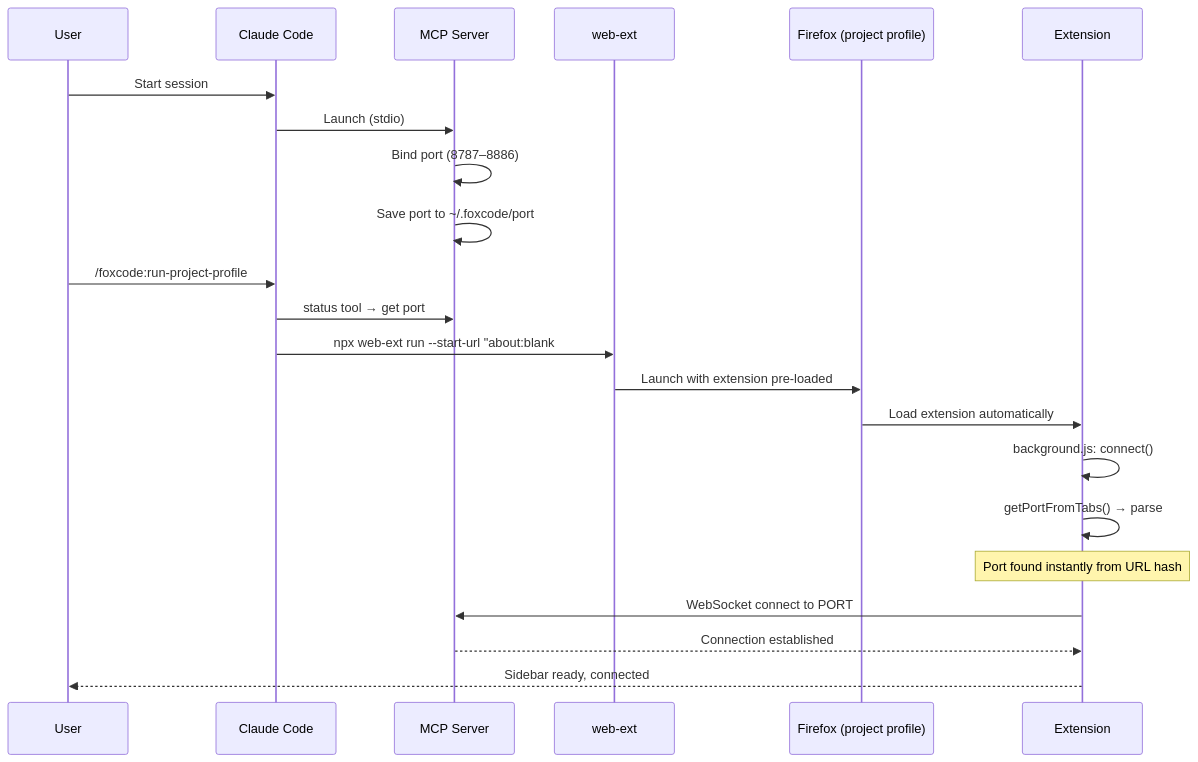
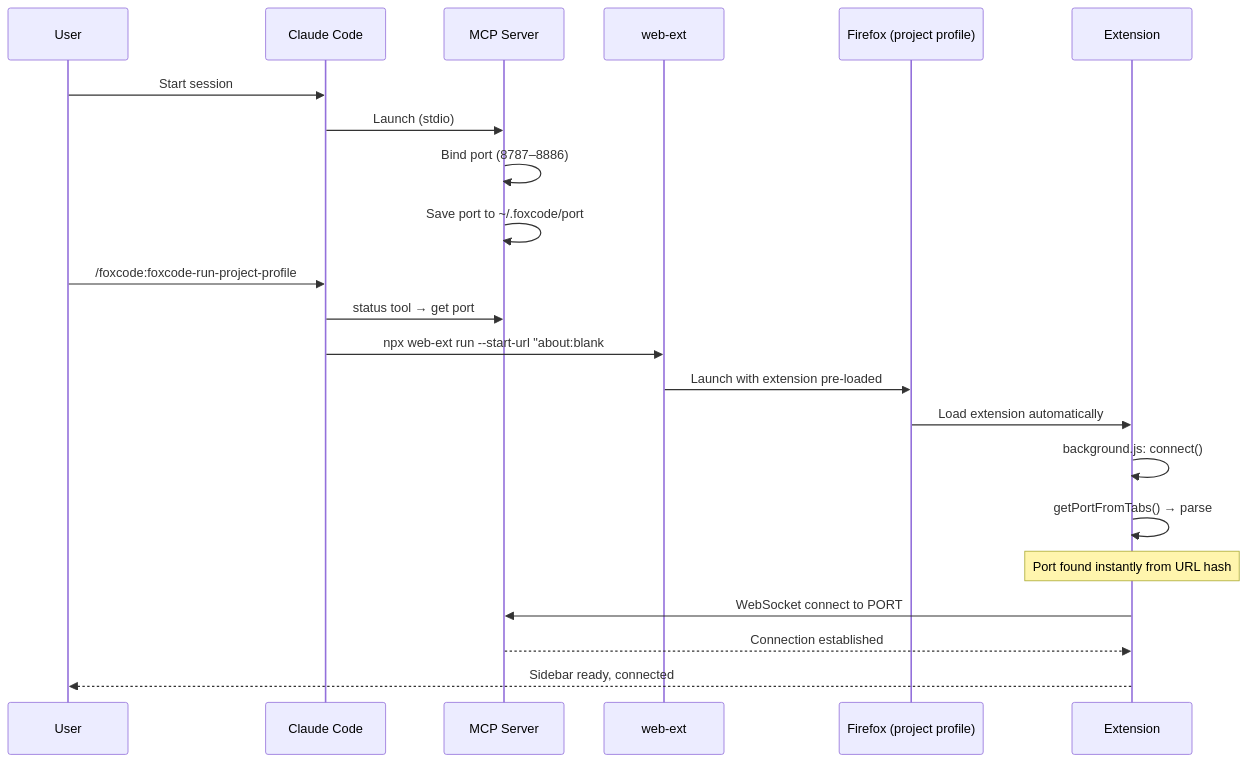
One commit to korchasa/foxcode changed the first of 2 diagrams in README.md. Above: the diagram before and after it, drawn with Mermaid. The commit also changed other lines of this file and 6 other files, not shown here.

````diff
--- a/README.md
+++ b/README.md
@@ -85,27 +85,27 @@
 ```mermaid
 sequenceDiagram
     participant U as User
     participant CC as Claude Code
     participant MCP as MCP Server
     participant WE as web-ext
     participant FF as Firefox (project profile)
     participant EXT as Extension
 
     U->>CC: Start session
     CC->>MCP: Launch (stdio)
     MCP->>MCP: Bind port (8787–8886)
     MCP->>MCP: Save port to ~/.foxcode/port
 
-    U->>CC: /foxcode:run-project-profile
+    U->>CC: /foxcode:foxcode-run-project-profile
     CC->>MCP: status tool → get port
     CC->>WE: npx web-ext run --start-url "about:blank#foxcode-port=PORT"
     WE->>FF: Launch with extension pre-loaded
     FF->>EXT: Load extension automatically
 
     EXT->>EXT: background.js: connect()
     EXT->>EXT: getPortFromTabs() → parse #foxcode-port from tab URL
     Note over EXT: Port found instantly from URL hash
     EXT->>MCP: WebSocket connect to PORT
     MCP-->>EXT: Connection established
     EXT-->>U: Sidebar ready, connected
 ```
````
